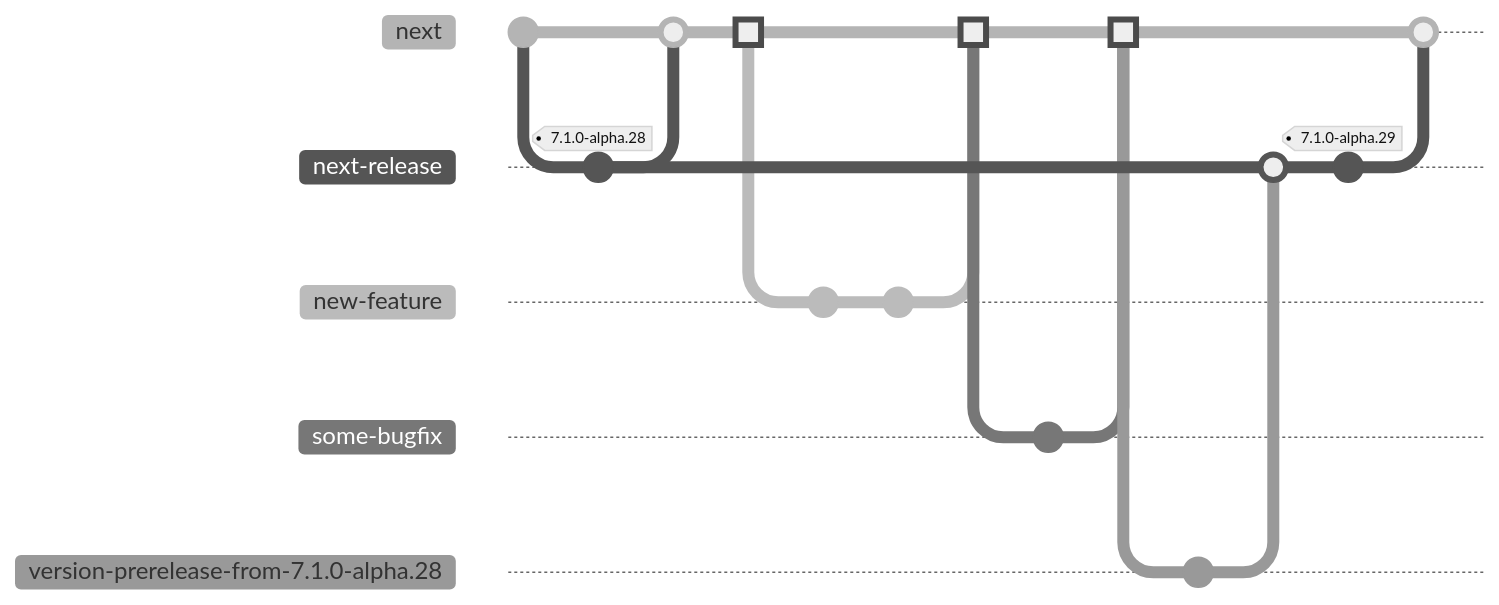
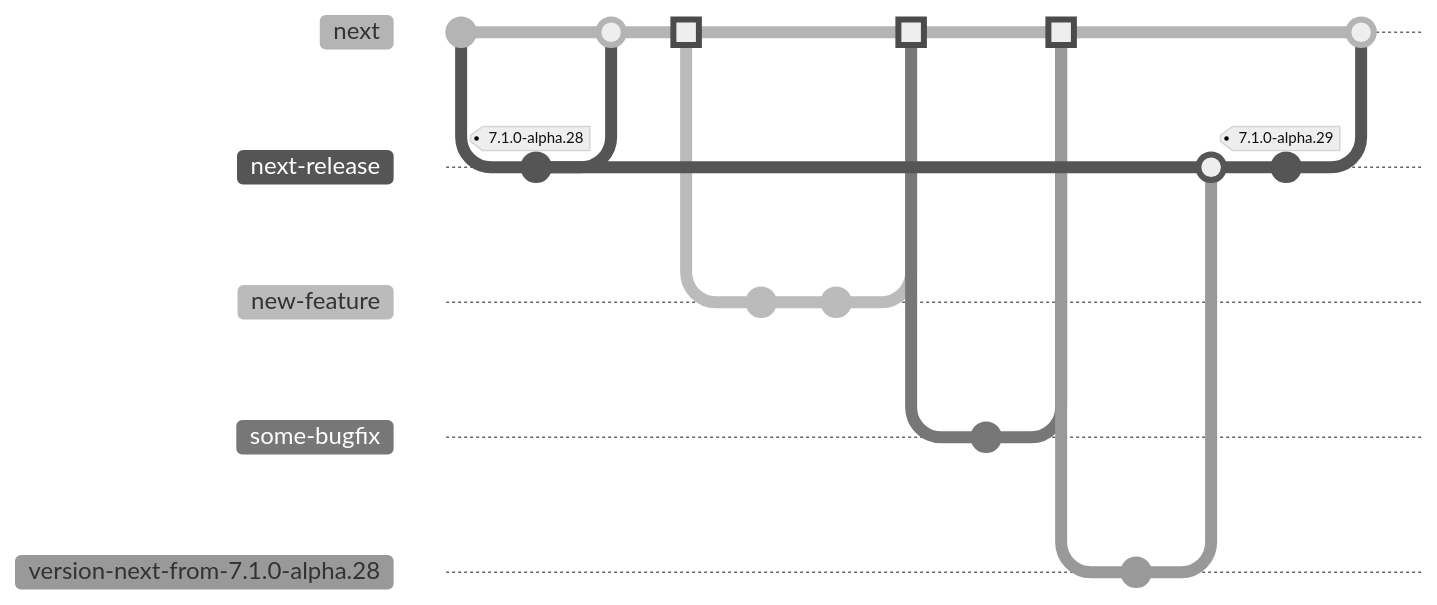
One commit to W427697/Discord- changed the second of 5 diagrams in CONTRIBUTING/RELEASING.md. Above: the diagram before and after it, drawn with Mermaid (neutral theme). The commit also changed other lines of this file and 4 other files, not shown here. Commit ids are hidden.

Commit message:
merge stable to latest-release instead of next-release, resolving merge conflicts

````diff
--- a/CONTRIBUTING/RELEASING.md
+++ b/CONTRIBUTING/RELEASING.md
@@ -135,26 +135,26 @@
 ```mermaid
 %%{init: { 'gitGraph': { 'mainBranchName': 'next' } } }%%
 gitGraph
     commit
     branch next-release
     commit tag: "7.1.0-alpha.28"
     checkout next
     merge next-release
     commit type: HIGHLIGHT id: "direct commit"
     branch new-feature
     commit
     commit
     checkout next
     merge new-feature type: HIGHLIGHT
     branch some-bugfix
     commit
     checkout next
     merge some-bugfix type: HIGHLIGHT
-    branch version-prerelease-from-7.1.0-alpha.28
+    branch version-next-from-7.1.0-alpha.28
     commit id: "write changelog"
     checkout next-release
-    merge version-prerelease-from-7.1.0-alpha.28
+    merge version-next-from-7.1.0-alpha.28
     commit id: "bump versions" tag: "7.1.0-alpha.29"
     checkout next
     merge next-release
 ```
````
